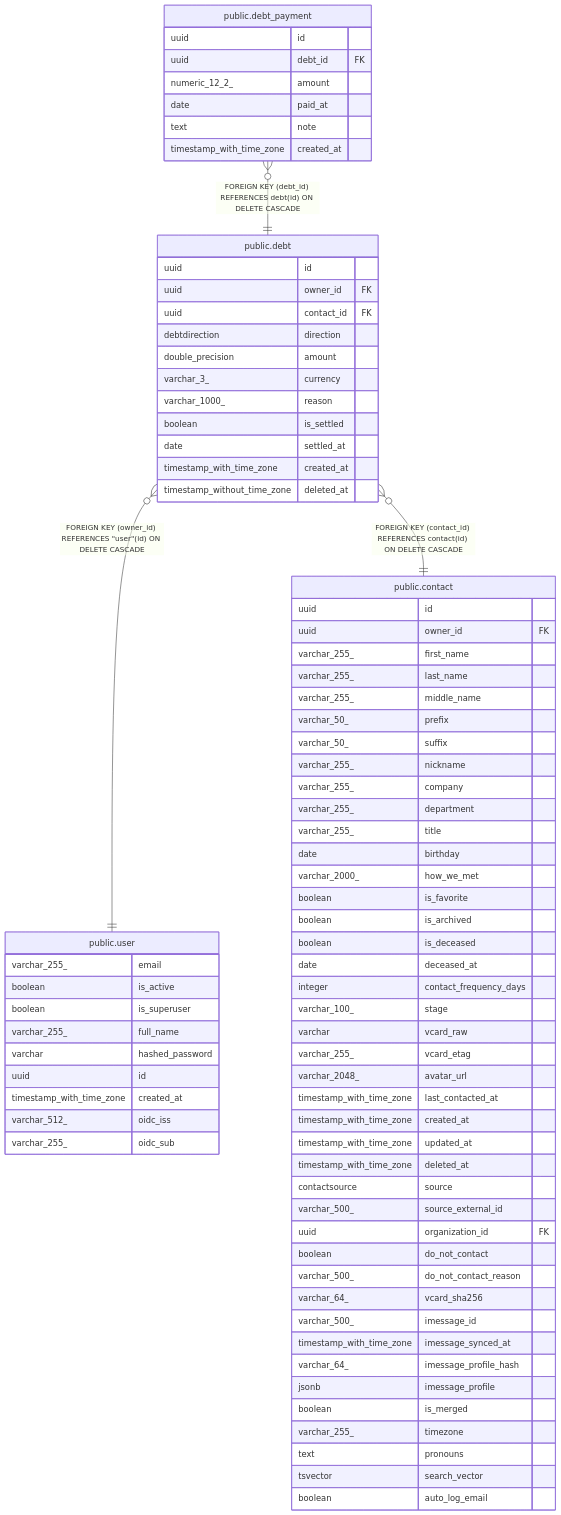
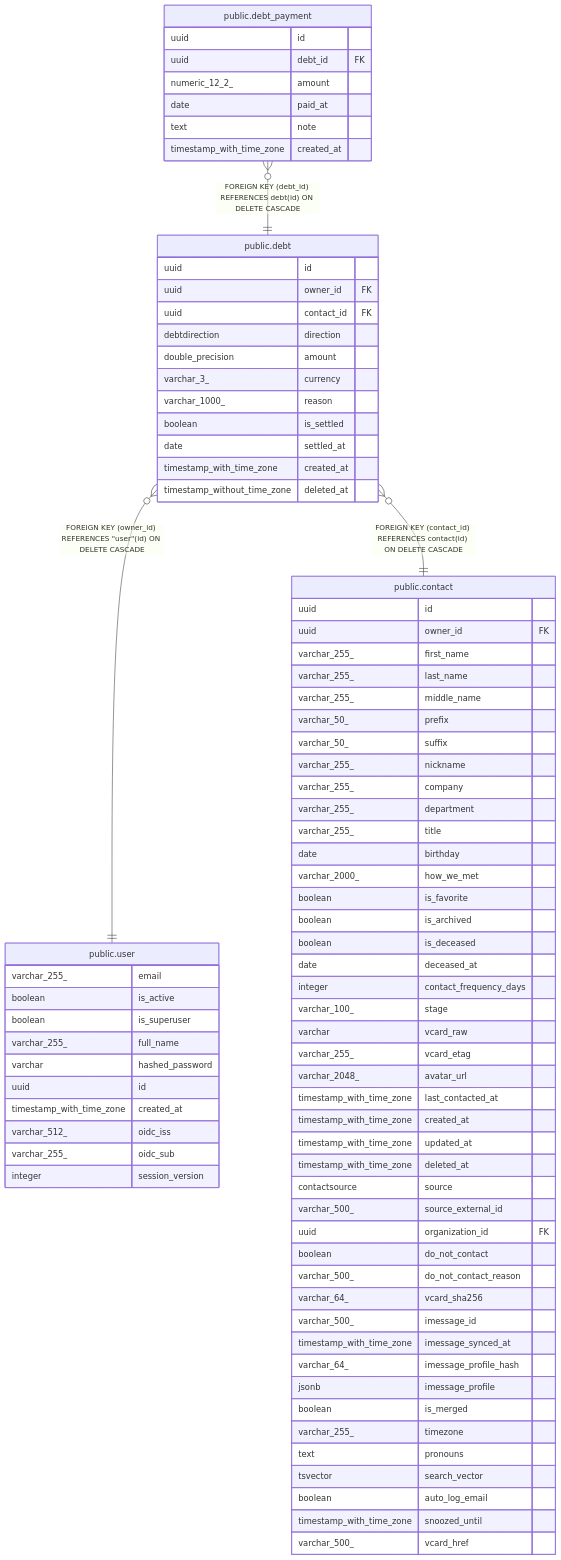
Before and after one commit to pike00/Kindred: the diagram in docs/db/public.debt.md, drawn with Mermaid. The commit also changed 39 other files, not shown here.

Commit message:
docs: refresh database schema reference

````diff
--- a/docs/db/public.debt.md
+++ b/docs/db/public.debt.md
@@ -86,6 +86,7 @@
   timestamp_with_time_zone created_at
   varchar_512_ oidc_iss
   varchar_255_ oidc_sub
+  integer session_version
 }
 "public.contact" {
   uuid id
@@ -129,5 +130,7 @@
   text pronouns
   tsvector search_vector
   boolean auto_log_email
+  timestamp_with_time_zone snoozed_until
+  varchar_500_ vcard_href
 }
 ```
````
